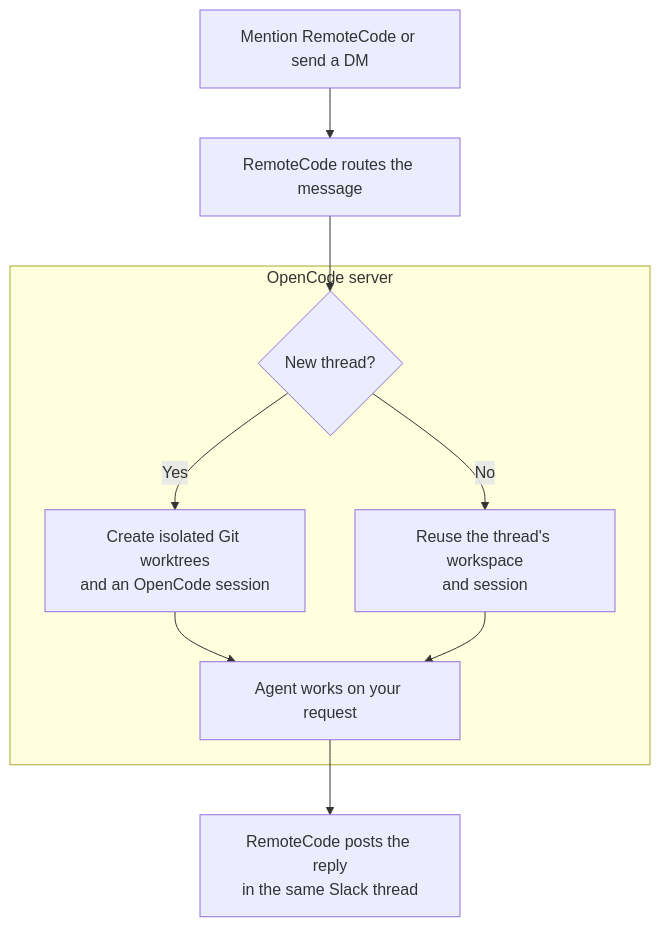
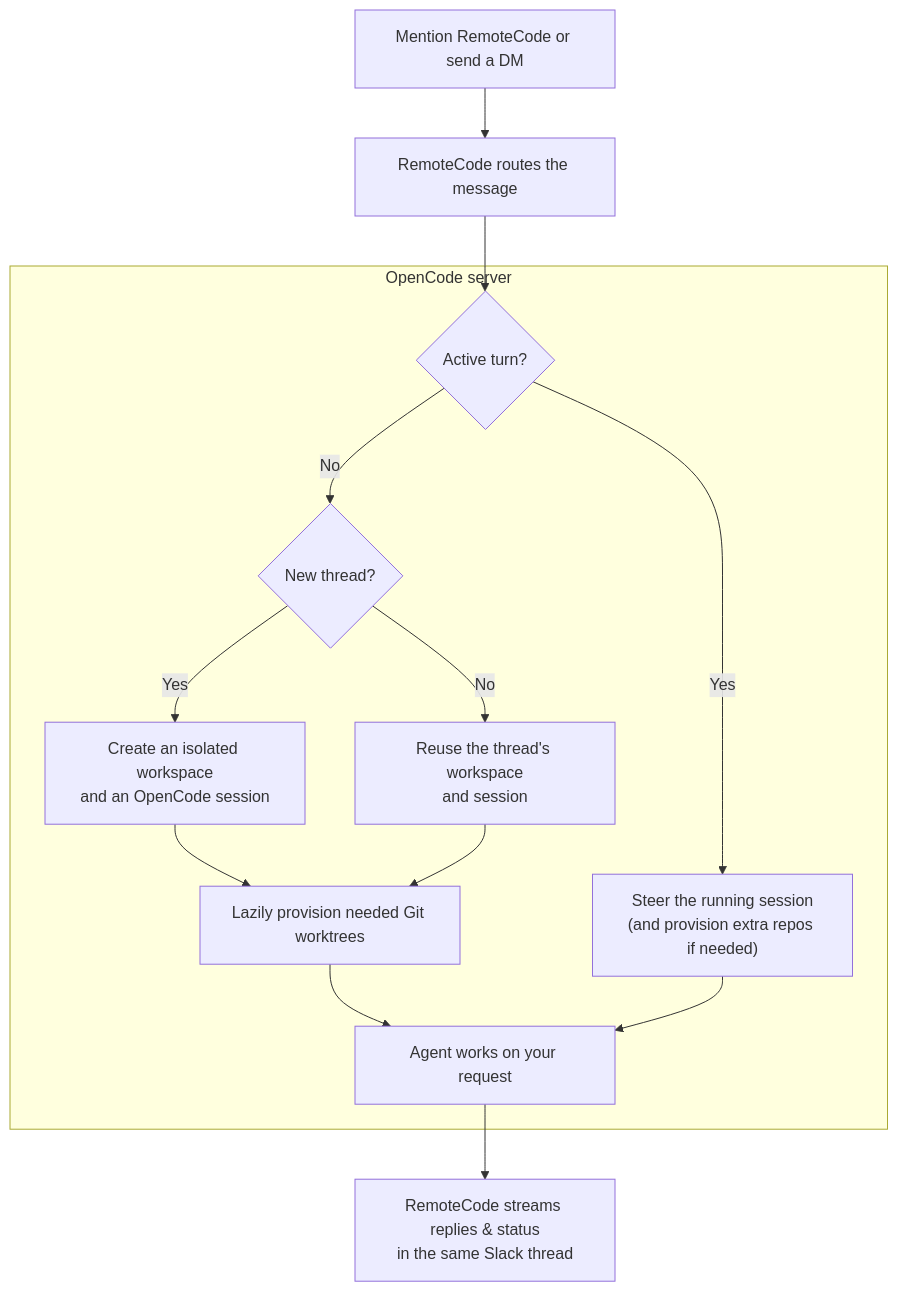
The diagram in README.md (daleal/remotecode), drawn with Mermaid before and after one commit. The commit also changed other lines of this file, not shown here.

First line of the commit message:
docs(readme): align overview, Slack setup, and checks with current behavior

````diff
--- a/README.md
+++ b/README.md
@@ -12,12 +12,16 @@
 ```mermaid
 flowchart TD
     message["Mention RemoteCode or send a DM"] --> bot["RemoteCode routes the message"]
-    bot --> thread{"New thread?"}
+    bot --> active{"Active turn?"}
     subgraph server["OpenCode server"]
-        thread -->|Yes| create["Create isolated Git worktrees<br/>and an OpenCode session"]
+        active -->|Yes| steer["Steer the running session<br/>(and provision extra repos if needed)"]
+        active -->|No| thread{"New thread?"}
+        thread -->|Yes| create["Create an isolated workspace<br/>and an OpenCode session"]
         thread -->|No| resume["Reuse the thread's workspace<br/>and session"]
-        create --> agent["Agent works on your request"]
-        resume --> agent
+        create --> repos["Lazily provision needed Git worktrees"]
+        resume --> repos
+        repos --> agent["Agent works on your request"]
+        steer --> agent
     end
-    agent --> reply["RemoteCode posts the reply<br/>in the same Slack thread"]
+    agent --> reply["RemoteCode streams replies & status<br/>in the same Slack thread"]
 ```
````
